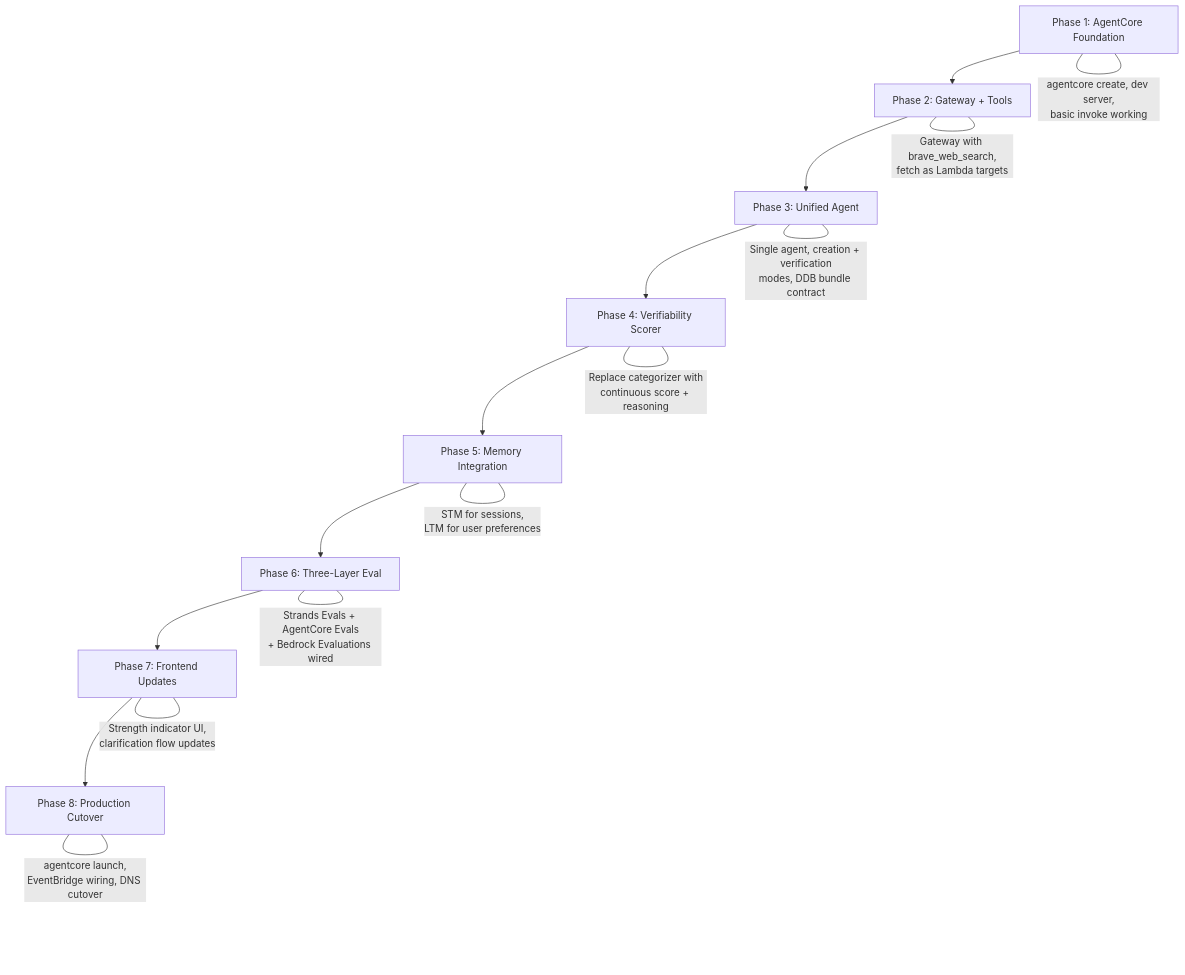
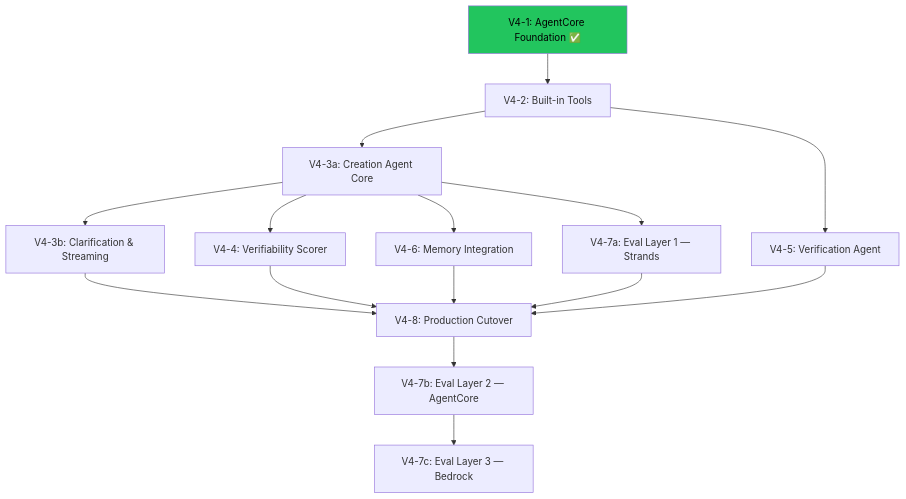
Diagram 11 of 11 in docs/project-updates/v4-agentcore-architecture.md (dimafarer/calledit), drawn with Mermaid before and after one commit. The commit also changed other lines of this file and 21 other files, not shown here.

First line of the commit message:
V4-1: AgentCore Foundation complete — scaffold, entrypoint, tests, dev server validated

````diff
--- a/docs/project-updates/v4-agentcore-architecture.md
+++ b/docs/project-updates/v4-agentcore-architecture.md
@@ -976,19 +949,19 @@
 ```mermaid
 graph TD
-    S1[Phase 1: AgentCore Foundation] --> S2[Phase 2: Gateway + Tools]
-    S2 --> S3[Phase 3: Unified Agent]
-    S3 --> S4[Phase 4: Verifiability Scorer]
-    S4 --> S5[Phase 5: Memory Integration]
-    S5 --> S6[Phase 6: Three-Layer Eval]
-    S6 --> S7[Phase 7: Frontend Updates]
-    S7 --> S8[Phase 8: Production Cutover]
+    S1[V4-1: AgentCore Foundation ✅] --> S2[V4-2: Built-in Tools]
+    S2 --> S3A[V4-3a: Creation Agent Core]
+    S3A --> S3B[V4-3b: Clarification & Streaming]
+    S3A --> S4[V4-4: Verifiability Scorer]
+    S2 --> S5[V4-5: Verification Agent]
+    S3A --> S6[V4-6: Memory Integration]
+    S3A --> S7A[V4-7a: Eval Layer 1 — Strands]
+    S3B --> S8[V4-8: Production Cutover]
+    S4 --> S8
+    S5 --> S8
+    S6 --> S8
+    S7A --> S8
+    S8 --> S7B[V4-7b: Eval Layer 2 — AgentCore]
+    S7B --> S7C[V4-7c: Eval Layer 3 — Bedrock]
 
-    S1 ---|"agentcore create, dev server,<br/>basic invoke working"| S1
-    S2 ---|"Gateway with brave_web_search,<br/>fetch as Lambda targets"| S2
-    S3 ---|"Single agent, creation + verification<br/>modes, DDB bundle contract"| S3
-    S4 ---|"Replace categorizer with<br/>continuous score + reasoning"| S4
-    S5 ---|"STM for sessions,<br/>LTM for user preferences"| S5
-    S6 ---|"Strands Evals + AgentCore Evals<br/>+ Bedrock Evaluations wired"| S6
-    S7 ---|"Strength indicator UI,<br/>clarification flow updates"| S7
-    S8 ---|"agentcore launch,<br/>EventBridge wiring, DNS cutover"| S8
+    style S1 fill:#22c55e,color:#000
 ```
````
